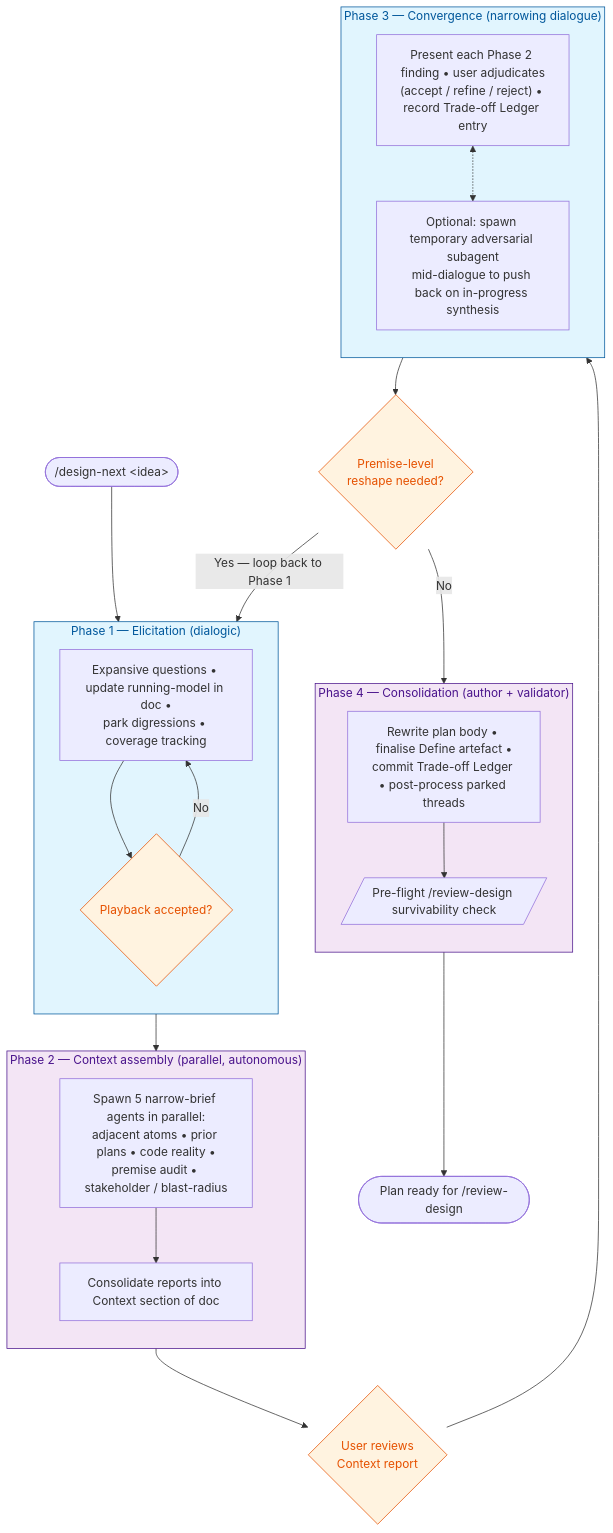
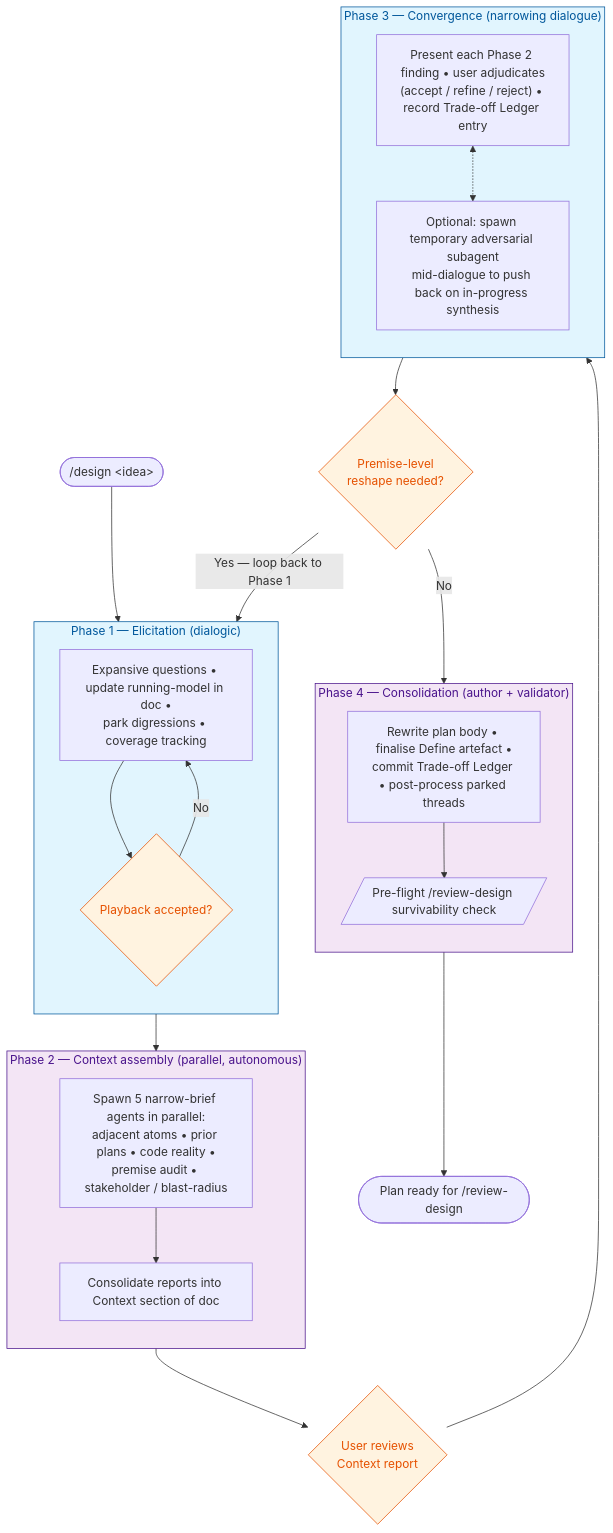
Before and after one commit to pidster/claude-agent-teams: the diagram in .claude/skills/design/SKILL.md, drawn with Mermaid. The commit also changed other lines of this file, not shown here.

Commit message:
Update design skill: rename from design-next and refine description

````diff
--- a/.claude/skills/design/SKILL.md
+++ b/.claude/skills/design/SKILL.md
@@ -48,51 +46,51 @@
 ```mermaid
 flowchart TD
-    Start(["/design-next &lt;idea&gt;"]) --> P1
+    Start(["/design &lt;idea&gt;"]) --> P1
 
     subgraph P1 ["Phase 1 — Elicitation (dialogic)"]
         direction TB
         P1A["Expansive questions • update running-model in doc •<br/>park digressions • coverage tracking"]
         P1B{"Playback accepted?"}
         P1A --> P1B
         P1B -->|No| P1A
     end
 
     P1 --> P2
 
     subgraph P2 ["Phase 2 — Context assembly (parallel, autonomous)"]
         direction TB
         P2A["Spawn 5 narrow-brief agents in parallel:<br/>adjacent atoms • prior plans • code reality •<br/>premise audit • stakeholder / blast-radius"]
         P2B["Consolidate reports into Context section of doc"]
         P2A --> P2B
     end
 
     P2 --> P2R{"User reviews<br/>Context report"}
     P2R --> P3
 
     subgraph P3 ["Phase 3 — Convergence (narrowing dialogue)"]
         direction TB
         P3A["Present each Phase 2 finding • user adjudicates<br/>(accept / refine / reject) • record Trade-off Ledger entry"]
         P3B["Optional: spawn temporary adversarial subagent<br/>mid-dialogue to push back on in-progress synthesis"]
         P3A <-.-> P3B
     end
 
     P3 --> Loop{"Premise-level<br/>reshape needed?"}
     Loop -->|Yes — loop back to Phase 1| P1
     Loop -->|No| P4
 
     subgraph P4 ["Phase 4 — Consolidation (author + validator)"]
         direction TB
         P4A["Rewrite plan body • finalise Define artefact •<br/>commit Trade-off Ledger • post-process parked threads"]
         P4B[/"Pre-flight /review-design survivability check"/]
         P4A --> P4B
     end
 
     P4 --> End(["Plan ready for /review-design"])
 
     classDef dialogic fill:#e1f5fe,stroke:#01579b,color:#01579b
     classDef autonomous fill:#f3e5f5,stroke:#4a148c,color:#4a148c
     classDef decision fill:#fff3e0,stroke:#e65100,color:#e65100
     class P1,P3 dialogic
     class P2,P4 autonomous
     class P1B,P2R,Loop decision
 ```
````
